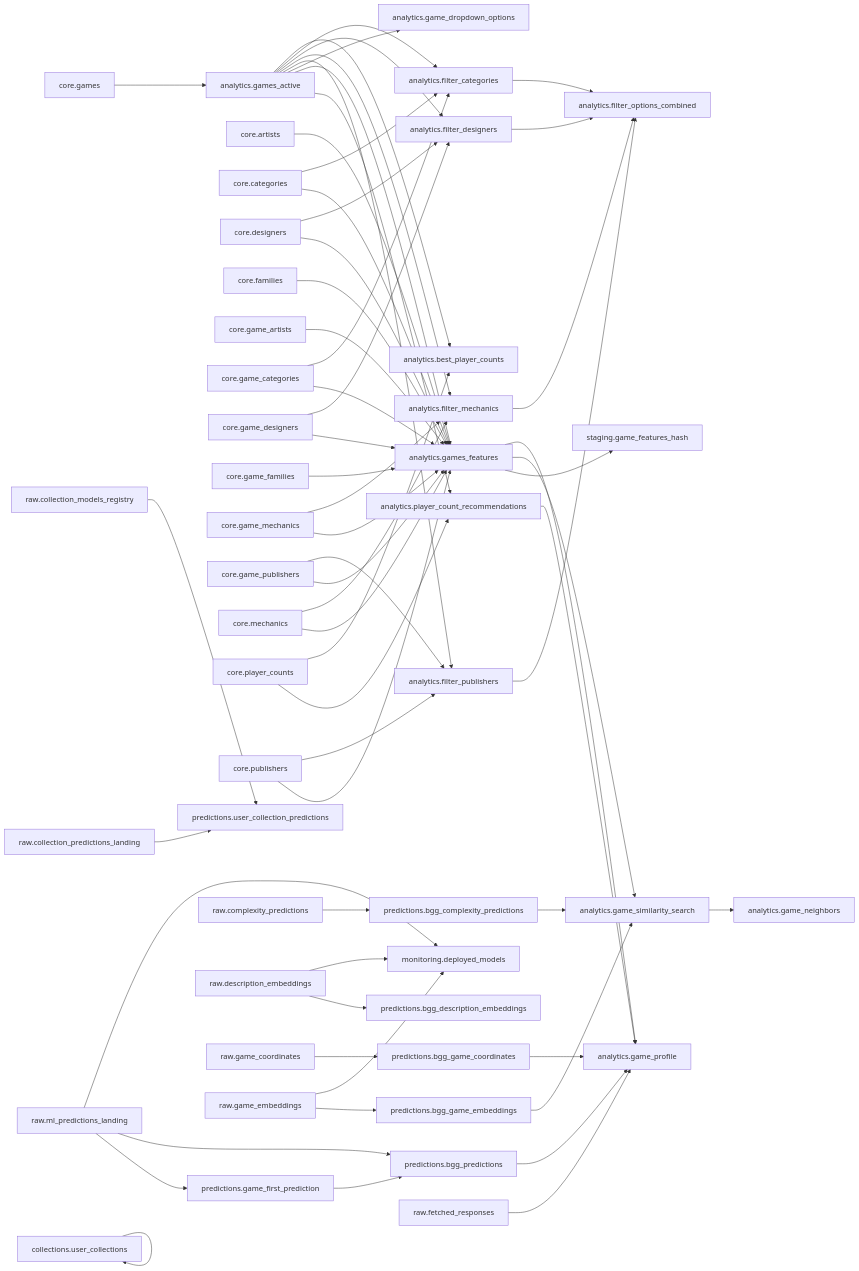
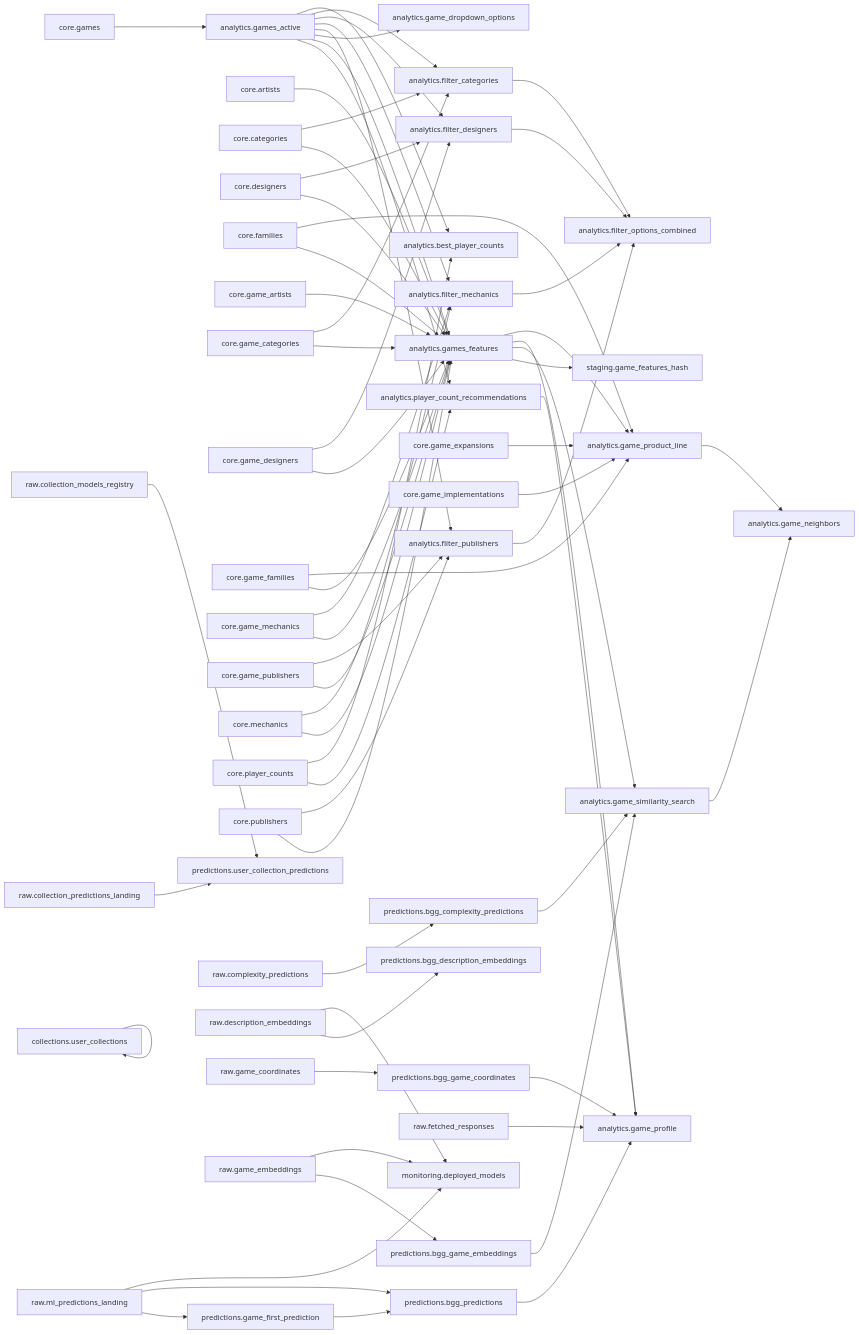
The diagram in docs/lineage.md (phenrickson/bgg-data-warehouse), drawn with Mermaid before and after one commit. The commit also changed 1 other file, not shown here.

Commit message:
Update Dataform lineage diagram [skip ci]

````diff
--- a/docs/lineage.md
+++ b/docs/lineage.md
@@ -3,61 +3,67 @@
 ```mermaid
 graph LR
     analytics__filter_categories["analytics.filter_categories"] --> analytics__filter_options_combined["analytics.filter_options_combined"]
     analytics__filter_designers["analytics.filter_designers"] --> analytics__filter_options_combined["analytics.filter_options_combined"]
     analytics__filter_mechanics["analytics.filter_mechanics"] --> analytics__filter_options_combined["analytics.filter_options_combined"]
     analytics__filter_publishers["analytics.filter_publishers"] --> analytics__filter_options_combined["analytics.filter_options_combined"]
+    analytics__game_product_line["analytics.game_product_line"] --> analytics__game_neighbors["analytics.game_neighbors"]
     analytics__game_similarity_search["analytics.game_similarity_search"] --> analytics__game_neighbors["analytics.game_neighbors"]
     analytics__games_active["analytics.games_active"] --> analytics__best_player_counts["analytics.best_player_counts"]
     analytics__games_active["analytics.games_active"] --> analytics__filter_categories["analytics.filter_categories"]
     analytics__games_active["analytics.games_active"] --> analytics__filter_designers["analytics.filter_designers"]
     analytics__games_active["analytics.games_active"] --> analytics__filter_mechanics["analytics.filter_mechanics"]
     analytics__games_active["analytics.games_active"] --> analytics__filter_publishers["analytics.filter_publishers"]
     analytics__games_active["analytics.games_active"] --> analytics__game_dropdown_options["analytics.game_dropdown_options"]
     analytics__games_active["analytics.games_active"] --> analytics__games_features["analytics.games_features"]
     analytics__games_active["analytics.games_active"] --> analytics__player_count_recommendations["analytics.player_count_recommendations"]
+    analytics__games_features["analytics.games_features"] --> analytics__game_product_line["analytics.game_product_line"]
     analytics__games_features["analytics.games_features"] --> analytics__game_profile["analytics.game_profile"]
     analytics__games_features["analytics.games_features"] --> analytics__game_similarity_search["analytics.game_similarity_search"]
     analytics__games_features["analytics.games_features"] --> staging__game_features_hash["staging.game_features_hash"]
     analytics__player_count_recommendations["analytics.player_count_recommendations"] --> analytics__game_profile["analytics.game_profile"]
     collections__user_collections["collections.user_collections"] --> collections__user_collections["collections.user_collections"]
     core__artists["core.artists"] --> analytics__games_features["analytics.games_features"]
     core__categories["core.categories"] --> analytics__filter_categories["analytics.filter_categories"]
     core__categories["core.categories"] --> analytics__games_features["analytics.games_features"]
     core__designers["core.designers"] --> analytics__filter_designers["analytics.filter_designers"]
     core__designers["core.designers"] --> analytics__games_features["analytics.games_features"]
+    core__families["core.families"] --> analytics__game_product_line["analytics.game_product_line"]
     core__families["core.families"] --> analytics__games_features["analytics.games_features"]
     core__game_artists["core.game_artists"] --> analytics__games_features["analytics.games_features"]
     core__game_categories["core.game_categories"] --> analytics__filter_categories["analytics.filter_categories"]
     core__game_categories["core.game_categories"] --> analytics__games_features["analytics.games_features"]
     core__game_designers["core.game_designers"] --> analytics__filter_designers["analytics.filter_designers"]
     core__game_designers["core.game_designers"] --> analytics__games_features["analytics.games_features"]
+    core__game_expansions["core.game_expansions"] --> analytics__game_product_line["analytics.game_product_line"]
+    core__game_families["core.game_families"] --> analytics__game_product_line["analytics.game_product_line"]
     core__game_families["core.game_families"] --> analytics__games_features["analytics.games_features"]
+    core__game_implementations["core.game_implementations"] --> analytics__game_product_line["analytics.game_product_line"]
     core__game_mechanics["core.game_mechanics"] --> analytics__filter_mechanics["analytics.filter_mechanics"]
     core__game_mechanics["core.game_mechanics"] --> analytics__games_features["analytics.games_features"]
     core__game_publishers["core.game_publishers"] --> analytics__filter_publishers["analytics.filter_publishers"]
     core__game_publishers["core.game_publishers"] --> analytics__games_features["analytics.games_features"]
     core__games["core.games"] --> analytics__games_active["analytics.games_active"]
     core__mechanics["core.mechanics"] --> analytics__filter_mechanics["analytics.filter_mechanics"]
     core__mechanics["core.mechanics"] --> analytics__games_features["analytics.games_features"]
     core__player_counts["core.player_counts"] --> analytics__best_player_counts["analytics.best_player_counts"]
     core__player_counts["core.player_counts"] --> analytics__player_count_recommendations["analytics.player_count_recommendations"]
     core__publishers["core.publishers"] --> analytics__filter_publishers["analytics.filter_publishers"]
     core__publishers["core.publishers"] --> analytics__games_features["analytics.games_features"]
     predictions__bgg_complexity_predictions["predictions.bgg_complexity_predictions"] --> analytics__game_similarity_search["analytics.game_similarity_search"]
     predictions__bgg_game_coordinates["predictions.bgg_game_coordinates"] --> analytics__game_profile["analytics.game_profile"]
     predictions__bgg_game_embeddings["predictions.bgg_game_embeddings"] --> analytics__game_similarity_search["analytics.game_similarity_search"]
     predictions__bgg_predictions["predictions.bgg_predictions"] --> analytics__game_profile["analytics.game_profile"]
     predictions__game_first_prediction["predictions.game_first_prediction"] --> predictions__bgg_predictions["predictions.bgg_predictions"]
     raw__collection_models_registry["raw.collection_models_registry"] --> predictions__user_collection_predictions["predictions.user_collection_predictions"]
     raw__collection_predictions_landing["raw.collection_predictions_landing"] --> predictions__user_collection_predictions["predictions.user_collection_predictions"]
     raw__complexity_predictions["raw.complexity_predictions"] --> predictions__bgg_complexity_predictions["predictions.bgg_complexity_predictions"]
     raw__description_embeddings["raw.description_embeddings"] --> monitoring__deployed_models["monitoring.deployed_models"]
     raw__description_embeddings["raw.description_embeddings"] --> predictions__bgg_description_embeddings["predictions.bgg_description_embeddings"]
     raw__fetched_responses["raw.fetched_responses"] --> analytics__game_profile["analytics.game_profile"]
     raw__game_coordinates["raw.game_coordinates"] --> predictions__bgg_game_coordinates["predictions.bgg_game_coordinates"]
     raw__game_embeddings["raw.game_embeddings"] --> monitoring__deployed_models["monitoring.deployed_models"]
     raw__game_embeddings["raw.game_embeddings"] --> predictions__bgg_game_embeddings["predictions.bgg_game_embeddings"]
     raw__ml_predictions_landing["raw.ml_predictions_landing"] --> monitoring__deployed_models["monitoring.deployed_models"]
     raw__ml_predictions_landing["raw.ml_predictions_landing"] --> predictions__bgg_predictions["predictions.bgg_predictions"]
     raw__ml_predictions_landing["raw.ml_predictions_landing"] --> predictions__game_first_prediction["predictions.game_first_prediction"]
 ```
````
